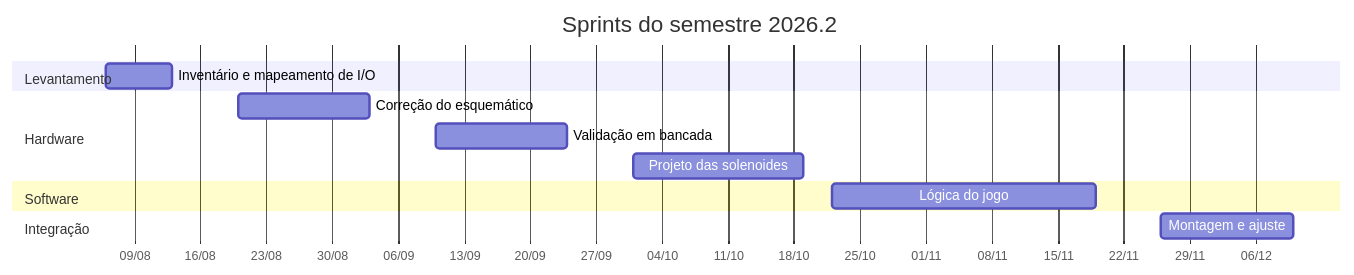
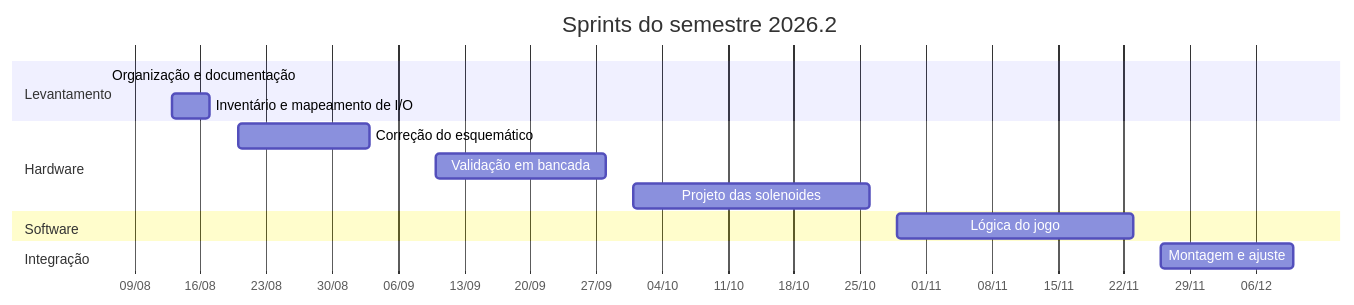
Before and after one commit to vgguerra/PJI-II-Pinball: the diagram in docs/10-plano-do-semestre.md, drawn with Mermaid. The commit also changed other lines of this file, not shown here.

````diff
--- a/docs/10-plano-do-semestre.md
+++ b/docs/10-plano-do-semestre.md
@@ -202,20 +210,21 @@
 ```mermaid
 gantt
     dateFormat YYYY-MM-DD
     axisFormat %d/%m
     title Sprints do semestre 2026.2
 
     section Levantamento
-    Inventário e mapeamento de I/O      :s0, 2026-08-06, 2026-08-13
+    Organização e documentação          :s0a, 2026-08-06, 2026-08-06
+    Inventário e mapeamento de I/O      :s0b, 2026-08-13, 2026-08-17
 
     section Hardware
     Correção do esquemático             :s1, 2026-08-20, 2026-09-03
-    Validação em bancada                :s2, 2026-09-10, 2026-09-24
-    Projeto das solenoides              :s3, 2026-10-01, 2026-10-19
+    Validação em bancada                :s2, 2026-09-10, 2026-09-28
+    Projeto das solenoides              :s3, 2026-10-01, 2026-10-26
 
     section Software
-    Lógica do jogo                      :s4, 2026-10-22, 2026-11-19
+    Lógica do jogo                      :s4, 2026-10-29, 2026-11-23
 
     section Integração
     Montagem e ajuste                   :s5, 2026-11-26, 2026-12-10
 ```
````
